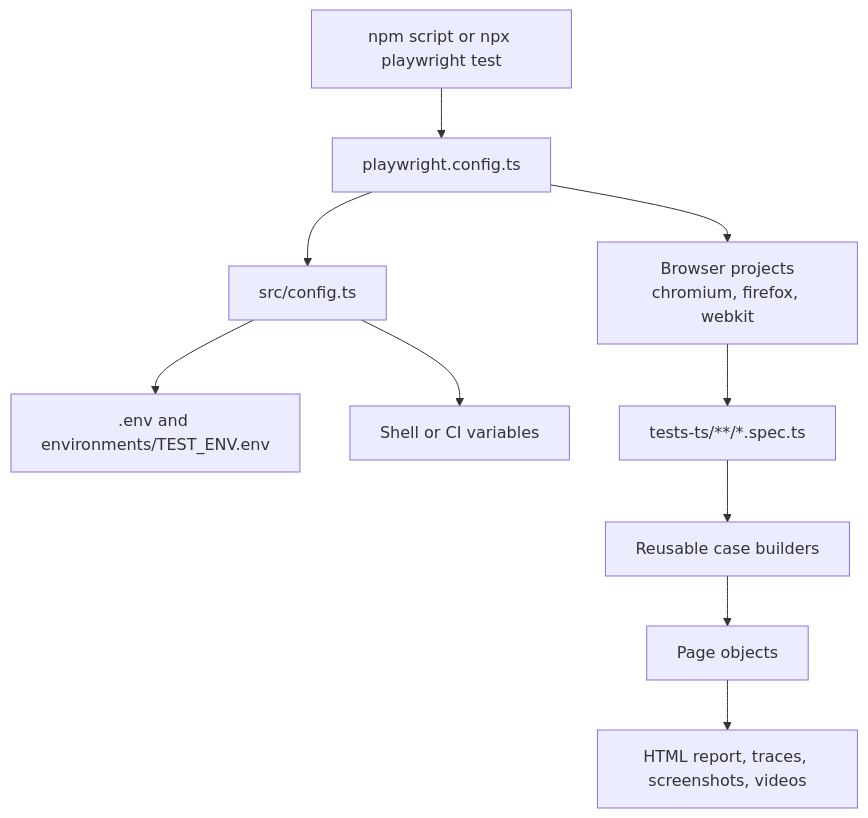
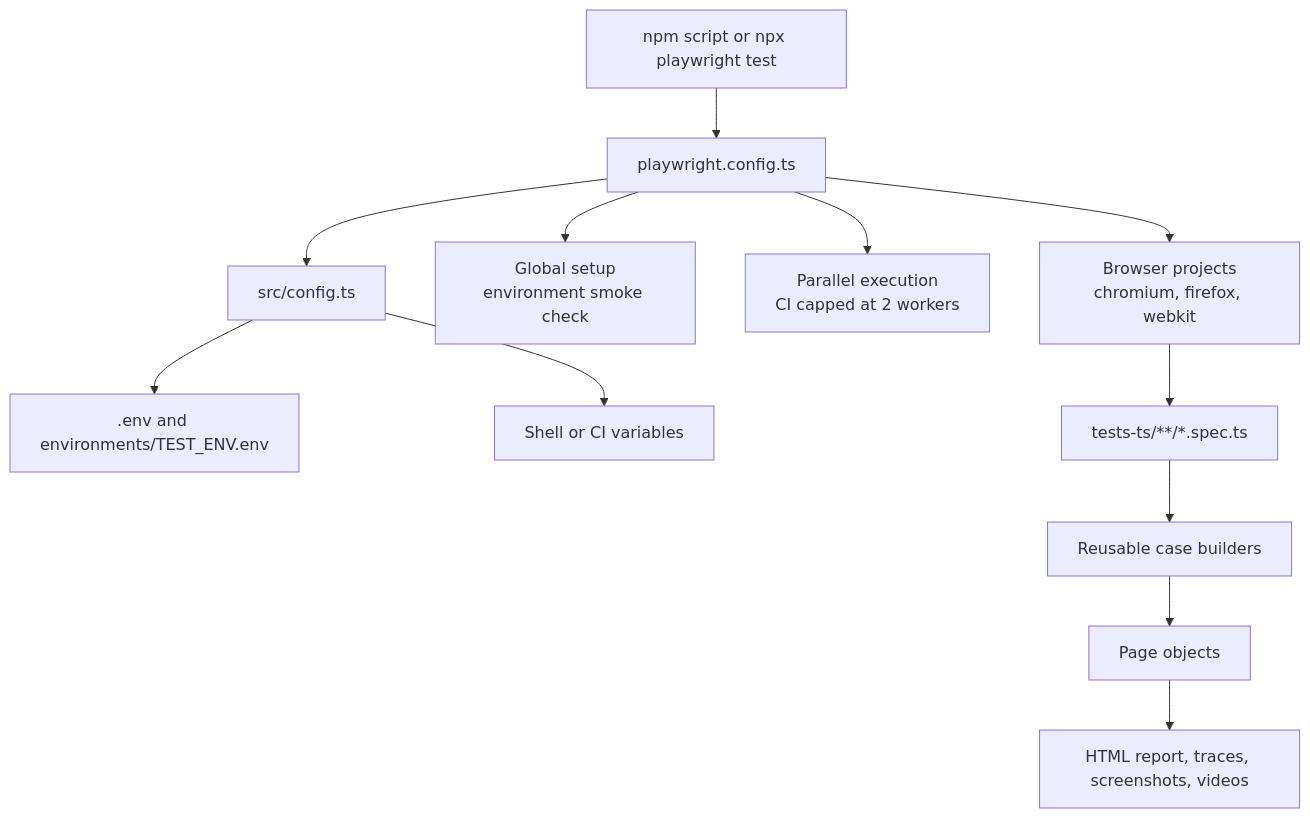
The third of 5 diagrams in docs/architecture.md (atiarmridul/Singer-Bangladesh-Website-Automation), drawn with Mermaid before and after one commit. The commit also changed other lines of this file and 33 other files, not shown here.

````diff
--- a/docs/architecture.md
+++ b/docs/architecture.md
@@ -37,12 +43,14 @@
 ```mermaid
 flowchart TD
   Command["npm script or npx playwright test"] --> Config["playwright.config.ts"]
   Config --> Settings["src/config.ts"]
   Settings --> EnvFiles[".env and environments/TEST_ENV.env"]
   Settings --> ShellEnv["Shell or CI variables"]
+  Config --> GlobalSetup["Global setup<br/>environment smoke check"]
+  Config --> Workers["Parallel execution<br/>CI capped at 2 workers"]
   Config --> Projects["Browser projects<br/>chromium, firefox, webkit"]
   Projects --> Specs["tests-ts/**/*.spec.ts"]
   Specs --> Cases["Reusable case builders"]
   Cases --> Pages["Page objects"]
   Pages --> Report["HTML report, traces, screenshots, videos"]
 ```
````
